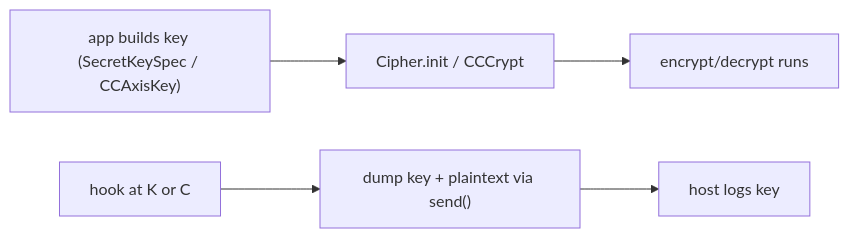
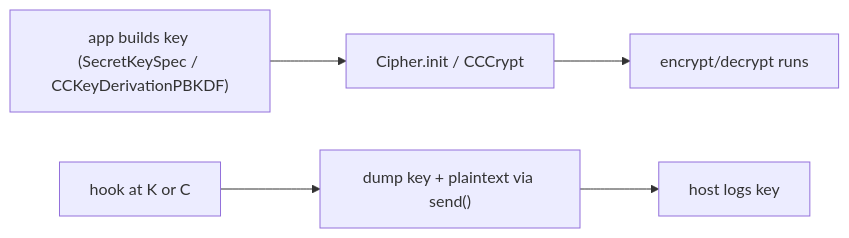
One commit to android-security-engineer/frida-skills changed the diagram in skills/frida/references/playbooks/pb-crypto-key-extraction.md. Above: the diagram before and after it, drawn with Mermaid. The commit also changed other lines of this file and 29 other files, not shown here.

````diff
--- a/skills/frida/references/playbooks/pb-crypto-key-extraction.md
+++ b/skills/frida/references/playbooks/pb-crypto-key-extraction.md
@@ -16,7 +16,7 @@
 ```mermaid
 flowchart LR
-  K["app builds key (SecretKeySpec / CCAxisKey)"] --> C["Cipher.init / CCCrypt"]
+  K["app builds key (SecretKeySpec / CCKeyDerivationPBKDF)"] --> C["Cipher.init / CCCrypt"]
   C --> E["encrypt/decrypt runs"]
   H["hook at K or C"] --> D["dump key + plaintext via send()"]
   D --> L["host logs key"]
 ```
````
